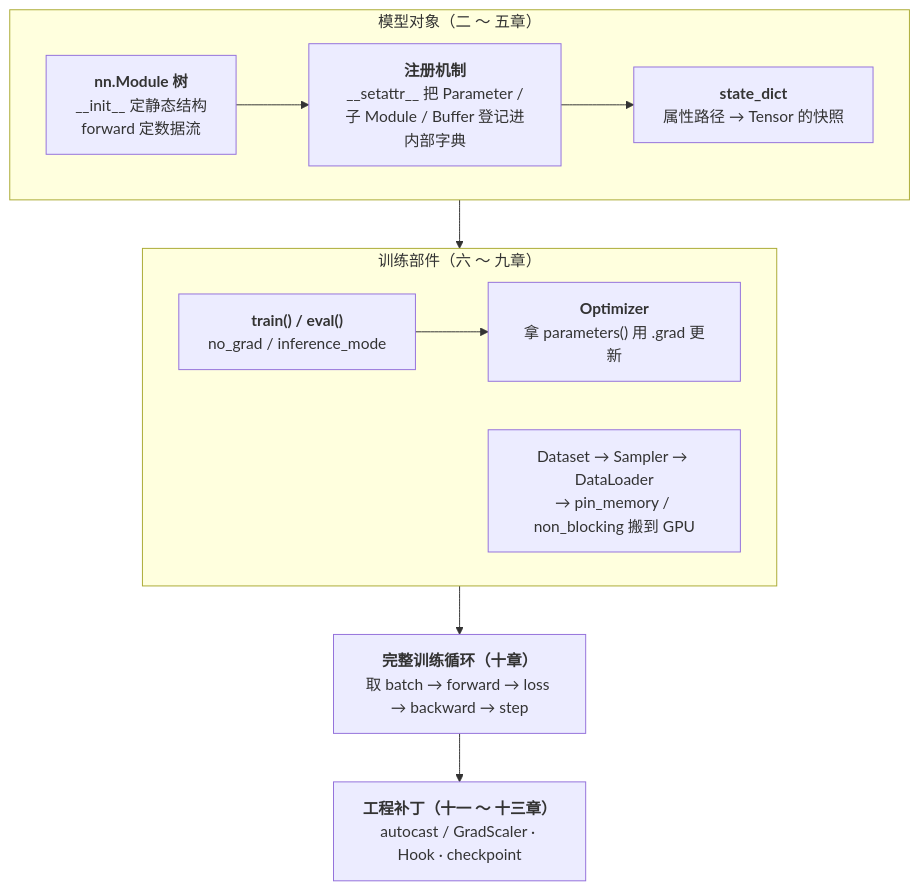
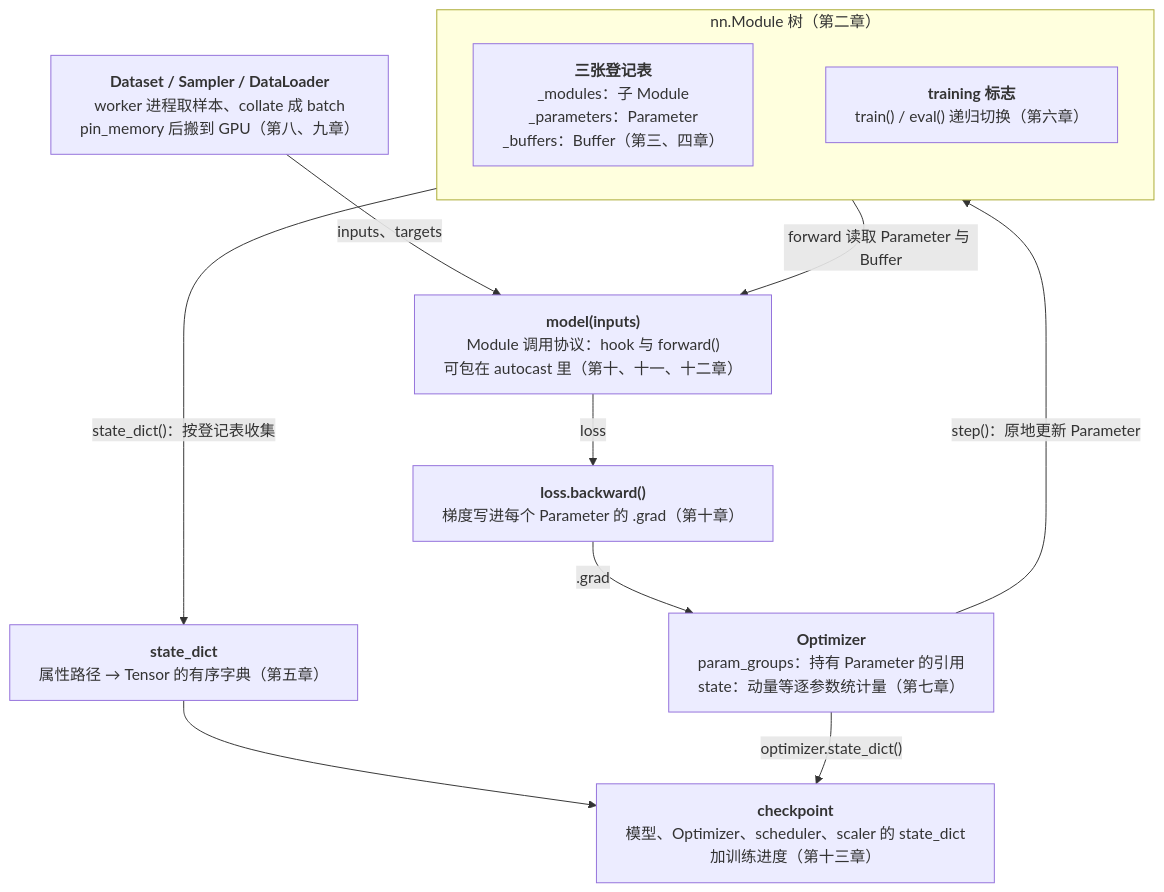
One commit to arganzheng/arganzheng.github.com changed the first of 6 diagrams in _posts/2026-02-20-pytorch-module-and-training-system.md. Above: the diagram before and after it, drawn with Mermaid. The commit also changed other lines of this file and 12 other files, not shown here.

First line of the commit message:
PyTorch 系列：各篇开头补机制总览图，Java 章改为就近的「Java 经验参照」提示块，指引改为标题链接

````diff
--- a/_posts/2026-02-20-pytorch-module-and-training-system.md
+++ b/_posts/2026-02-20-pytorch-module-and-training-system.md
@@ -44,16 +42,25 @@
 ```mermaid
-%% 图：本文的主线：Module 树（第二至五章）→ 三种状态与 Optimizer（六、七）→ 数据管线（八、九）→ 拼成训练循环（十）→ 混合精度 / Hook / checkpoint（十一至十三）
+%%{init: {"flowchart": {"wrappingWidth": 360}}}%%
+%% 图：一次训练迭代穿过的对象：数据管线、Module 树、Optimizer 与 checkpoint
 flowchart TB
-    subgraph M["模型对象（二 ～ 五章）"]
-        direction LR
-        A["<b>nn.Module 树</b><br/>__init__ 定静态结构<br/>forward 定数据流"] --> B["<b>注册机制</b><br/>__setattr__ 把 Parameter /<br/>子 Module / Buffer 登记进内部字典"] --> C["<b>state_dict</b><br/>属性路径 → Tensor 的快照"]
+    DL["<b>Dataset / Sampler / DataLoader</b><br/>worker 进程取样本、collate 成 batch<br/>pin_memory 后搬到 GPU（第八、九章）"]
+    subgraph MOD["nn.Module 树（第二章）"]
+        REG["<b>三张登记表</b><br/>_modules：子 Module<br/>_parameters：Parameter<br/>_buffers：Buffer（第三、四章）"]
+        MODE["<b>training 标志</b><br/>train() / eval() 递归切换（第六章）"]
+        REG ~~~ MODE
     end
-    subgraph T["训练部件（六 ～ 九章）"]
-        direction LR
-        D["<b>train() / eval()</b><br/>no_grad / inference_mode"] --> E["<b>Optimizer</b><br/>拿 parameters() 用 .grad 更新"]
-        F["Dataset → Sampler → DataLoader<br/>→ pin_memory / non_blocking 搬到 GPU"]
-    end
-    M --> T
-    T --> G["<b>完整训练循环（十章）</b><br/>取 batch → forward → loss → backward → step"]
-    G --> H["<b>工程补丁（十一 ～ 十三章）</b><br/>autocast / GradScaler · Hook · checkpoint"]
+    FWD["<b>model(inputs)</b><br/>Module 调用协议：hook 与 forward()<br/>可包在 autocast 里（第十、十一、十二章）"]
+    GRAD["<b>loss.backward()</b><br/>梯度写进每个 Parameter 的 .grad（第十章）"]
+    OPT["<b>Optimizer</b><br/>param_groups：持有 Parameter 的引用<br/>state：动量等逐参数统计量（第七章）"]
+    SD["<b>state_dict</b><br/>属性路径 → Tensor 的有序字典（第五章）"]
+    CK["<b>checkpoint</b><br/>模型、Optimizer、scheduler、scaler 的 state_dict<br/>加训练进度（第十三章）"]
+
+    DL -- "inputs、targets" --> FWD
+    MOD -- "forward 读取 Parameter 与 Buffer" --> FWD
+    FWD -- "loss" --> GRAD
+    GRAD -- ".grad" --> OPT
+    OPT -- "step()：原地更新 Parameter" --> MOD
+    MOD -- "state_dict()：按登记表收集" --> SD
+    SD --> CK
+    OPT -- "optimizer.state_dict()" --> CK
 ```
````
